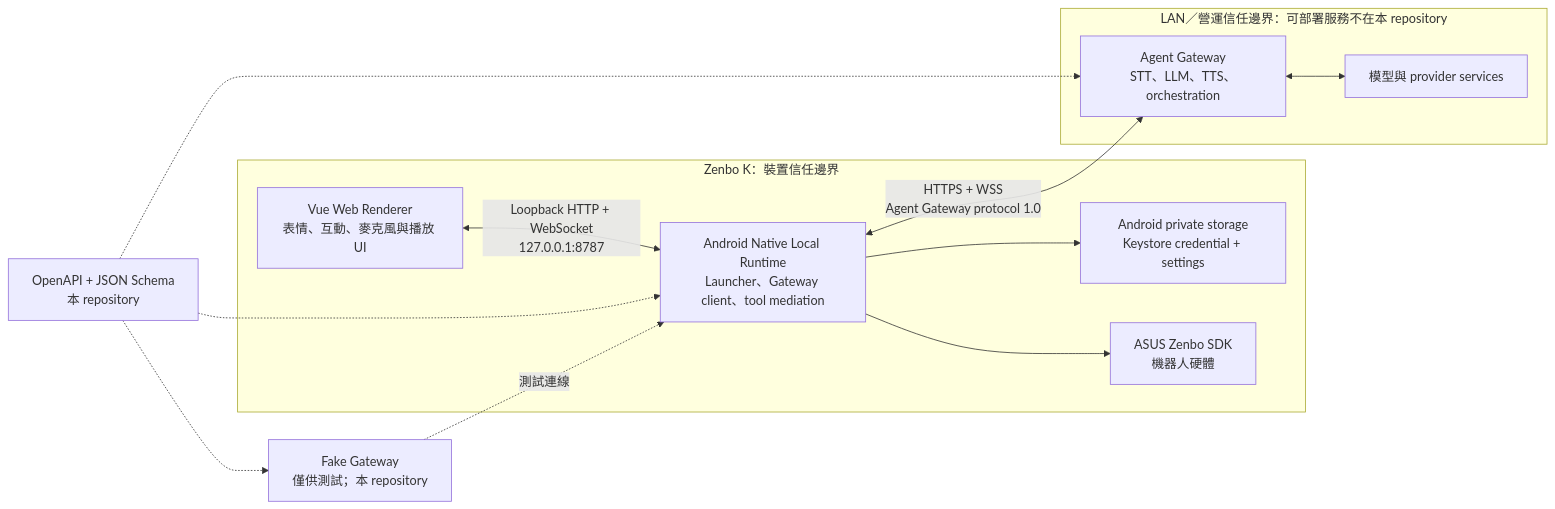
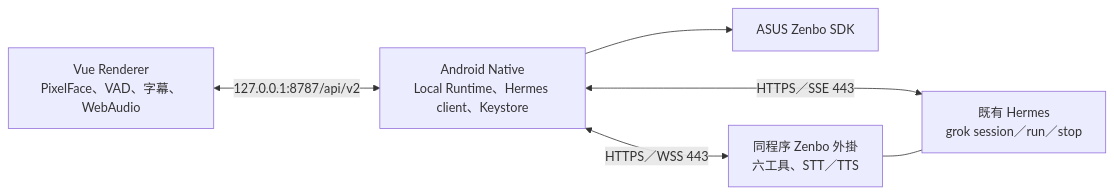
One commit to Ti-wb/Zenbo-LLM-Agent changed the diagram in README.md. Above: the diagram before and after it, drawn with Mermaid. The commit also changed other lines of this file and 135 other files, not shown here.

Commit message:
feat: migrate Zenbo runtime to Hermes profile APIs

````diff
--- a/README.md
+++ b/README.md
@@ -9,28 +13,8 @@
 ```mermaid
 flowchart LR
-  subgraph Device["Zenbo K：裝置信任邊界"]
-    Web["Vue Web Renderer<br/>表情、互動、麥克風與播放 UI"]
-    Native["Android Native Local Runtime<br/>Launcher、Gateway client、tool mediation"]
-    Store["Android private storage<br/>Keystore credential + settings"]
-    Robot["ASUS Zenbo SDK<br/>機器人硬體"]
-
-    Web <-->|"Loopback HTTP + WebSocket<br/>127.0.0.1:8787"| Native
-    Native --> Store
-    Native --> Robot
-  end
-
-  subgraph Lan["LAN／營運信任邊界：可部署服務不在本 repository"]
-    Gateway["Agent Gateway<br/>STT、LLM、TTS、orchestration"]
-    Provider["模型與 provider services"]
-    Gateway <--> Provider
-  end
-
-  Contracts["OpenAPI + JSON Schema<br/>本 repository"]
-  Fake["Fake Gateway<br/>僅供測試；本 repository"]
-
-  Native <-->|"HTTPS + WSS<br/>Agent Gateway protocol 1.0"| Gateway
-  Contracts -.-> Native
-  Contracts -.-> Gateway
-  Contracts -.-> Fake
-  Fake -.->|"測試連線"| Native
+  Web["Vue Renderer<br/>PixelFace、VAD、字幕、WebAudio"] <-->|"127.0.0.1:8787/api/v2"| Native["Android Native<br/>Local Runtime、Hermes client、Keystore"]
+  Native --> Robot["ASUS Zenbo SDK"]
+  Native <-->|"HTTPS／SSE 443"| Hermes["既有 Hermes<br/>grok session／run／stop"]
+  Native <-->|"HTTPS／WSS 443"| Plugin["同程序 Zenbo 外掛<br/>六工具、STT／TTS"]
+  Plugin --- Hermes
 ```
````
